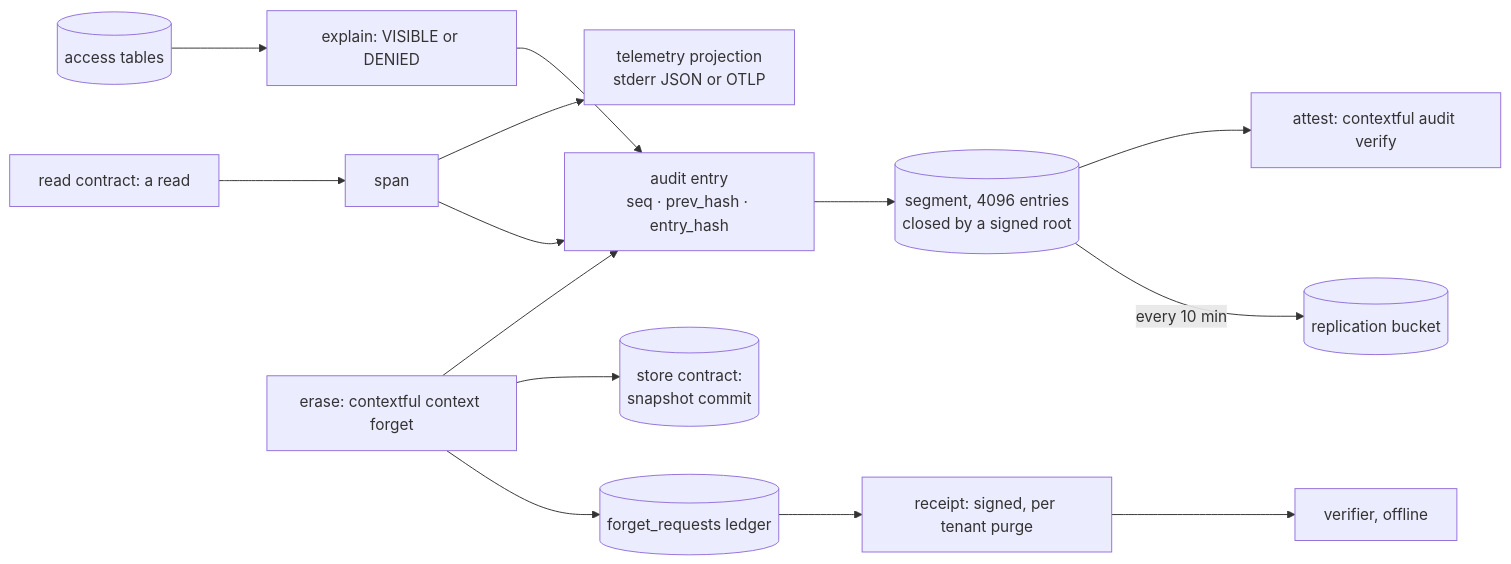
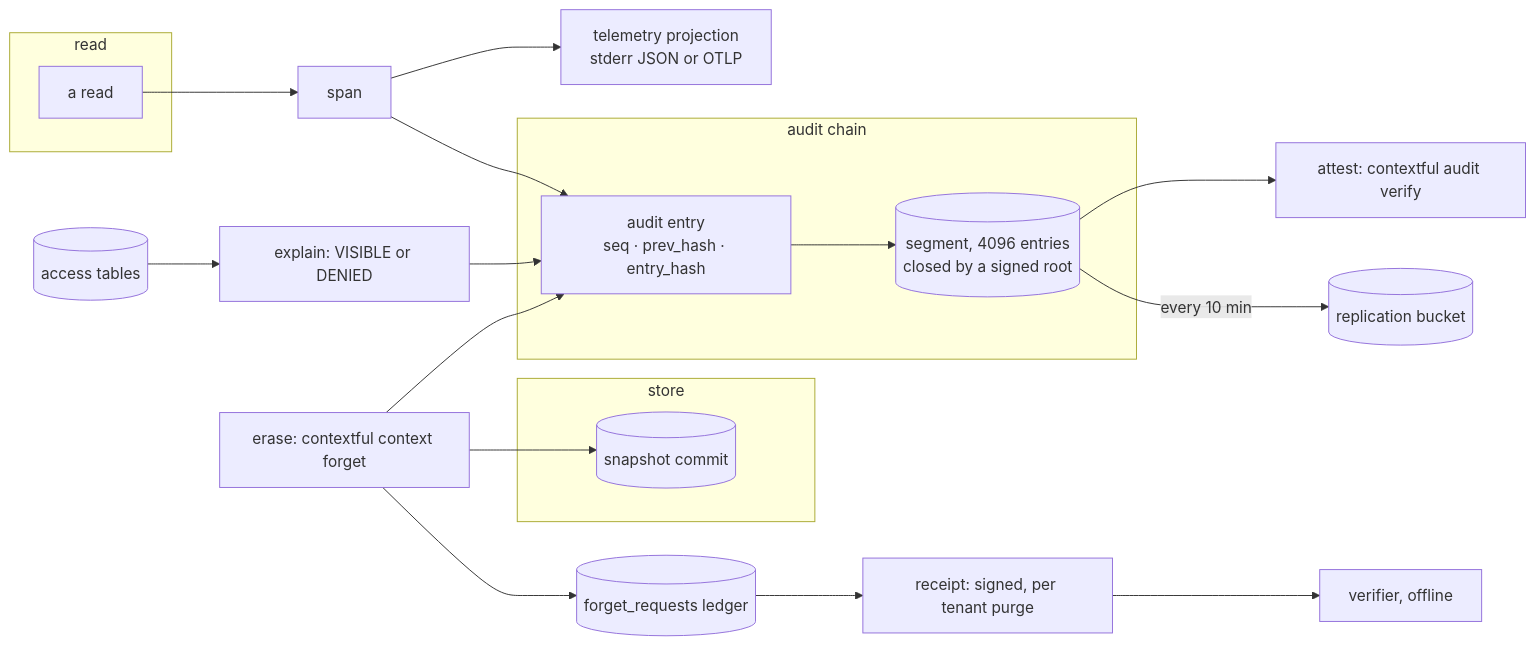
One commit to fractalboxdev/contextful changed the first of 5 diagrams in spec/62-accountability.md. Above: the diagram before and after it, drawn with Mermaid. The commit also changed other lines of this file and 33 other files, not shown here.

Commit message:
spec: diagrams draw contracts, parties and trust zones as containers; a node standing for one is refused

````diff
--- a/spec/62-accountability.md
+++ b/spec/62-accountability.md
@@ -21,16 +21,36 @@
 ```mermaid
 flowchart LR
-  READ["read contract: a read"] --> SPAN["span"]
-  SPAN --> ENTRY["audit entry<br/>seq · prev_hash · entry_hash"]
-  SPAN --> TEL["telemetry projection<br/>stderr JSON or OTLP"]
-  ENTRY --> SEG[("segment, 4096 entries<br/>closed by a signed root")]
-  SEG -- "every 10 min" --> BKT[("replication bucket")]
-  SEG --> VER["attest: contextful audit verify"]
-  ACC[("access tables")] --> EXPL["explain: VISIBLE or DENIED"]
+  subgraph READ["read"]
+    RD["a read"]
+  end
+  subgraph CHAIN["audit chain"]
+    ENTRY["audit entry<br/>seq · prev_hash · entry_hash"]
+    SEG[("segment, 4096 entries<br/>closed by a signed root")]
+  end
+  subgraph STORE["store"]
+    SNAP[("snapshot commit")]
+  end
+  SPAN["span"]
+  TEL["telemetry projection<br/>stderr JSON or OTLP"]
+  BKT[("replication bucket")]
+  VER["attest: contextful audit verify"]
+  ACC[("access tables")]
+  EXPL["explain: VISIBLE or DENIED"]
+  FORGET["erase: contextful context forget"]
+  LEDGER[("forget_requests ledger")]
+  RCPT["receipt: signed, per tenant purge"]
+  AUDITOR["verifier, offline"]
+  RD --> SPAN
+  SPAN --> ENTRY
+  SPAN --> TEL
+  ENTRY --> SEG
+  SEG -- "every 10 min" --> BKT
+  SEG --> VER
+  ACC --> EXPL
   EXPL --> ENTRY
-  FORGET["erase: contextful context forget"] --> LEDGER[("forget_requests ledger")]
-  FORGET --> STORE[("store contract:<br/>snapshot commit")]
+  FORGET --> LEDGER
+  FORGET --> SNAP
   FORGET --> ENTRY
-  LEDGER --> RCPT["receipt: signed, per tenant purge"]
-  RCPT --> AUDITOR["verifier, offline"]
+  LEDGER --> RCPT
+  RCPT --> AUDITOR
 ```
````
